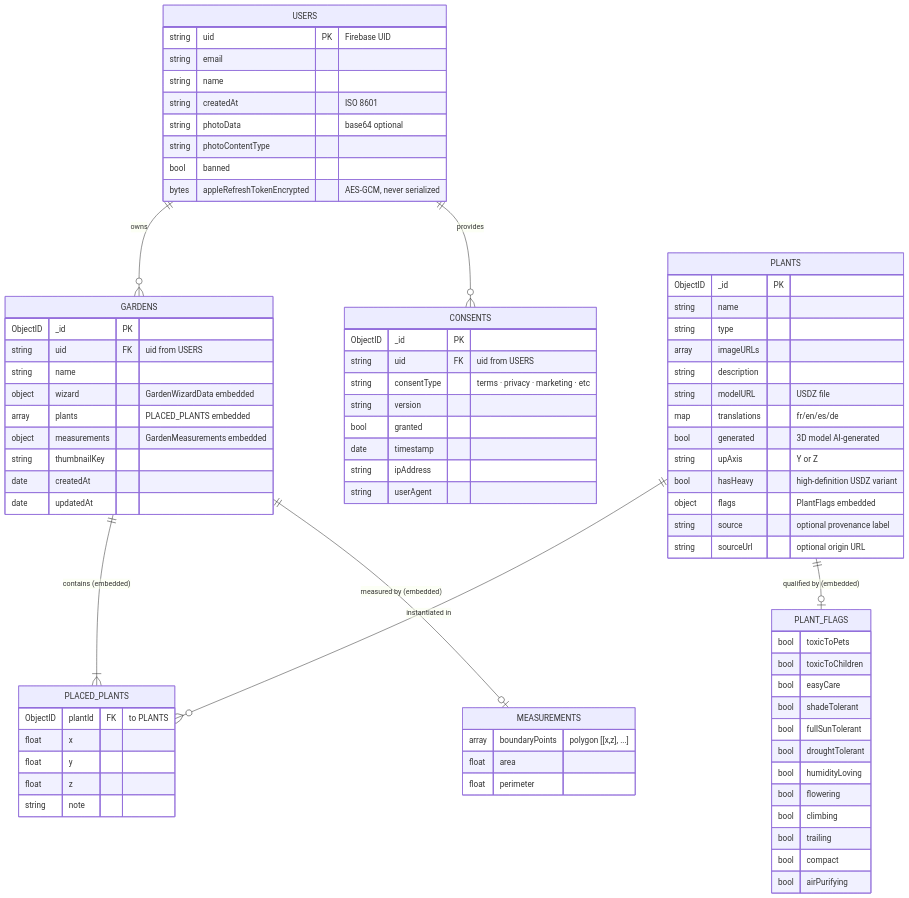
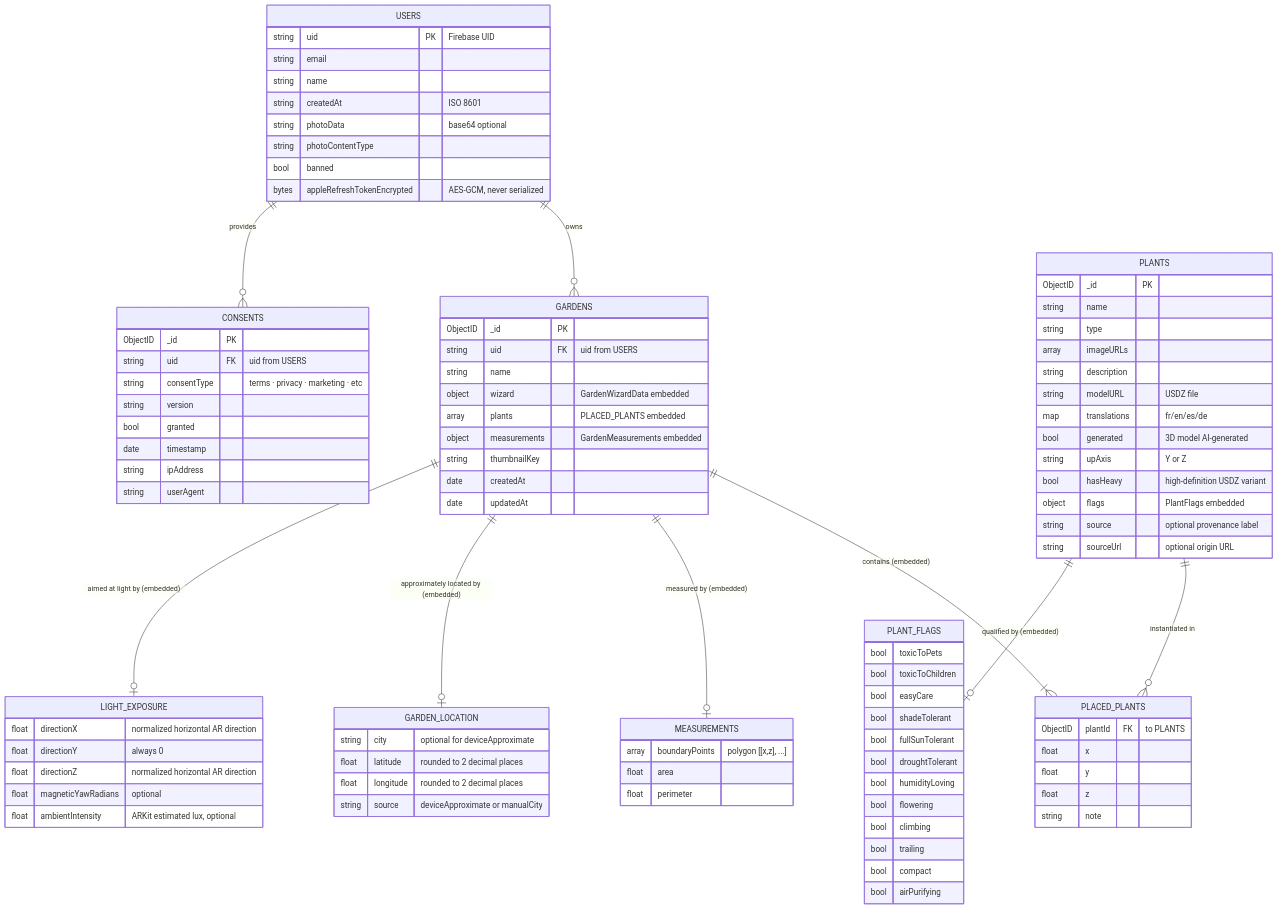
Before and after one commit to ArboreTeam/Arbore: the diagram in docs/en/architecture/04-data-model.md, drawn with Mermaid. The commit also changed other lines of this file and 50 other files, not shown here.

```diff
--- a/docs/en/architecture/04-data-model.md
+++ b/docs/en/architecture/04-data-model.md
@@ -16,6 +16,8 @@
     GARDENS ||--|{ PLACED_PLANTS : "contains (embedded)"
     PLANTS ||--o| PLANT_FLAGS : "qualified by (embedded)"
     GARDENS ||--o| MEASUREMENTS : "measured by (embedded)"
+    GARDENS ||--o| GARDEN_LOCATION : "approximately located by (embedded)"
+    GARDENS ||--o| LIGHT_EXPOSURE : "aimed at light by (embedded)"
 
     USERS {
         string uid PK "Firebase UID"
@@ -85,6 +87,21 @@
         float perimeter
     }
 
+    GARDEN_LOCATION {
+        string city "optional for deviceApproximate"
+        float latitude "rounded to 2 decimal places"
+        float longitude "rounded to 2 decimal places"
+        string source "deviceApproximate or manualCity"
+    }
+
+    LIGHT_EXPOSURE {
+        float directionX "normalized horizontal AR direction"
+        float directionY "always 0"
+        float directionZ "normalized horizontal AR direction"
+        float magneticYawRadians "optional"
+        float ambientIntensity "ARKit estimated lux, optional"
+    }
+
     CONSENTS {
         ObjectID _id PK
         string uid FK "uid from USERS"
```
